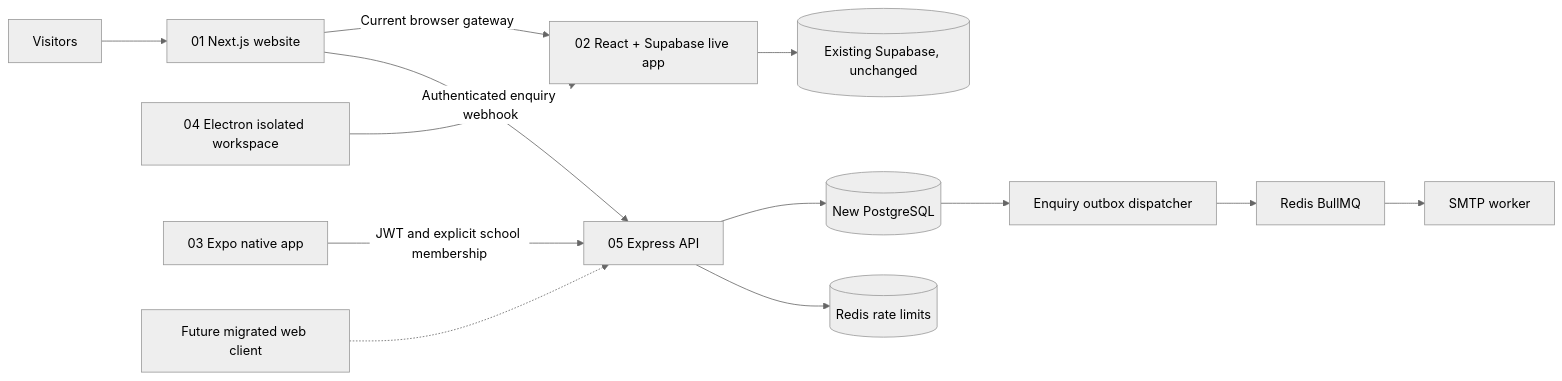
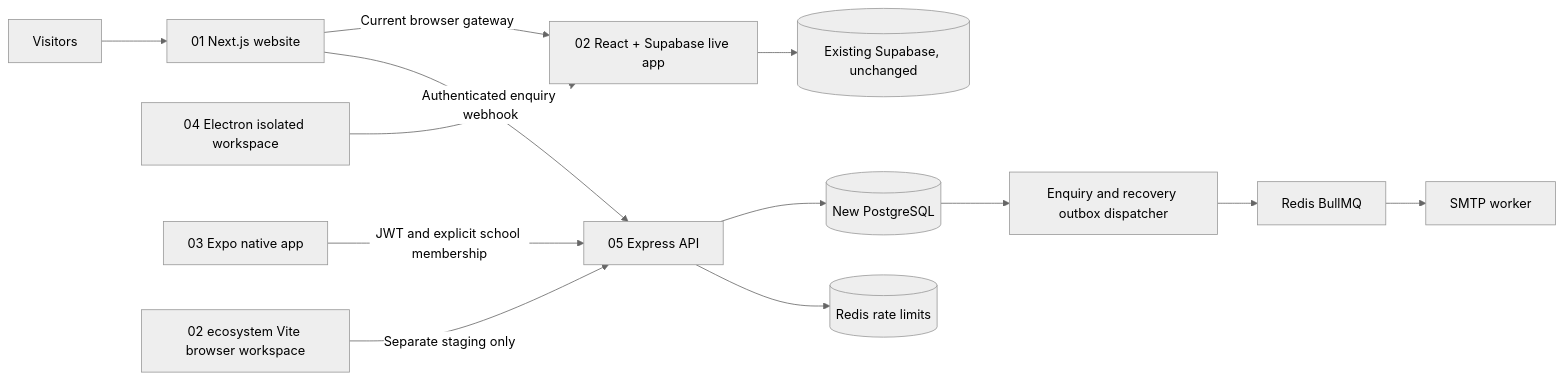
The diagram in 08-docs/ARCHITECTURE.md (StanParaclete/alp-platform), drawn with Mermaid (neutral theme) before and after one commit. The commit also changed other lines of this file and 26 other files, not shown here.

Commit message:
Add isolated browser workspace for the ecosystem API

````diff
--- a/08-docs/ARCHITECTURE.md
+++ b/08-docs/ARCHITECTURE.md
@@ -3,15 +3,15 @@
 ```mermaid
 flowchart LR
   Visitors --> Website[01 Next.js website]
   Website -->|Current browser gateway| Live[02 React + Supabase live app]
   Desktop[04 Electron isolated workspace] --> Live
   Website -->|Authenticated enquiry webhook| API[05 Express API]
   Mobile[03 Expo native app] -->|JWT and explicit school membership| API
-  Future[Future migrated web client] -.-> API
+  Web[02 ecosystem Vite browser workspace] -->|Separate staging only| API
   API --> PG[(New PostgreSQL)]
   API --> Redis[(Redis rate limits)]
-  PG --> Outbox[Enquiry outbox dispatcher]
+  PG --> Outbox[Enquiry and recovery outbox dispatcher]
   Outbox --> Queue[Redis BullMQ]
   Queue --> Worker[SMTP worker]
   Live --> Supabase[(Existing Supabase, unchanged)]
 ```
````
